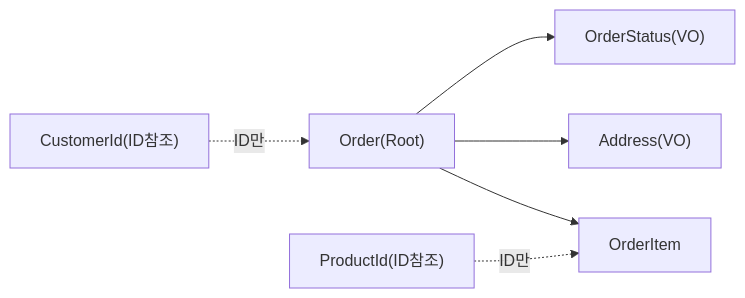
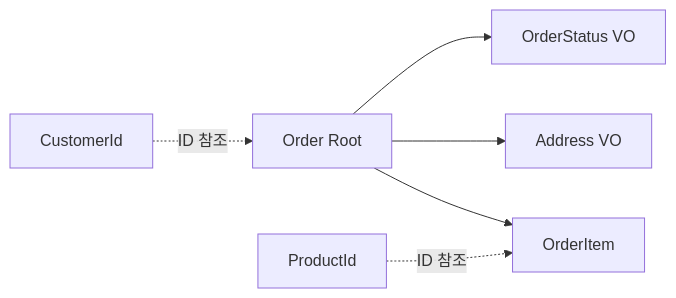
The third of 4 diagrams in _posts/architecture/2026-05-01-ddd.md (yjkim2015/yjkim2015.github.io), drawn with Mermaid before and after one commit. The commit also changed other lines of this file and 245 other files, not shown here.

First line of the commit message:
Mermaid 다이어그램 전면 수정 + 면접 포인트 접기/펼치기 + DB 데드락 페이지

````diff
--- a/_posts/architecture/2026-05-01-ddd.md
+++ b/_posts/architecture/2026-05-01-ddd.md
@@ -594,8 +594,8 @@
 ```mermaid
 graph LR
-    ROOT["Order(Root)"] --> ITEM["OrderItem"]
-    ROOT --> ADDR["Address(VO)"]
-    ROOT --> STATUS["OrderStatus(VO)"]
-    EXTREF["CustomerId(ID참조)"] -.->|"ID만"| ROOT
-    EXTREF2["ProductId(ID참조)"] -.->|"ID만"| ITEM
+    ROOT["Order Root"] --> ITEM["OrderItem"]
+    ROOT --> ADDR["Address VO"]
+    ROOT --> STATUS["OrderStatus VO"]
+    EXTREF["CustomerId"] -.->|"ID 참조"| ROOT
+    EXTREF2["ProductId"] -.->|"ID 참조"| ITEM
 ```
````
